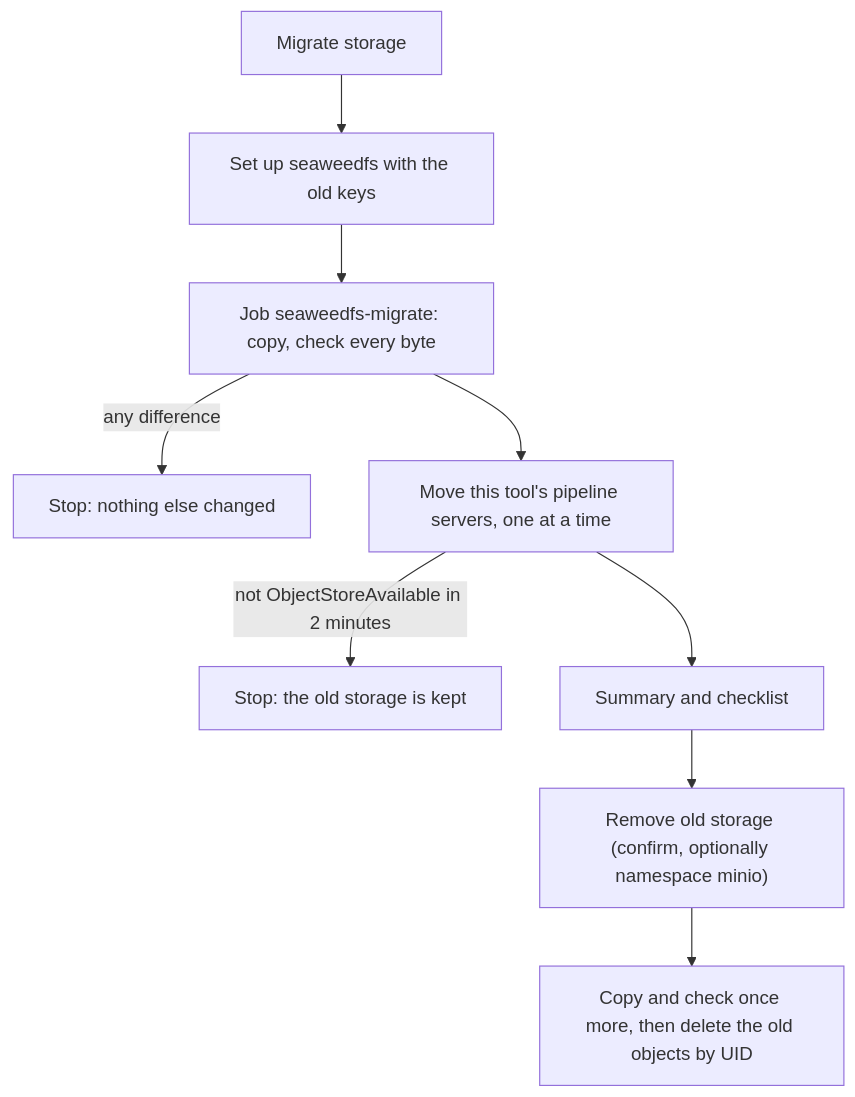
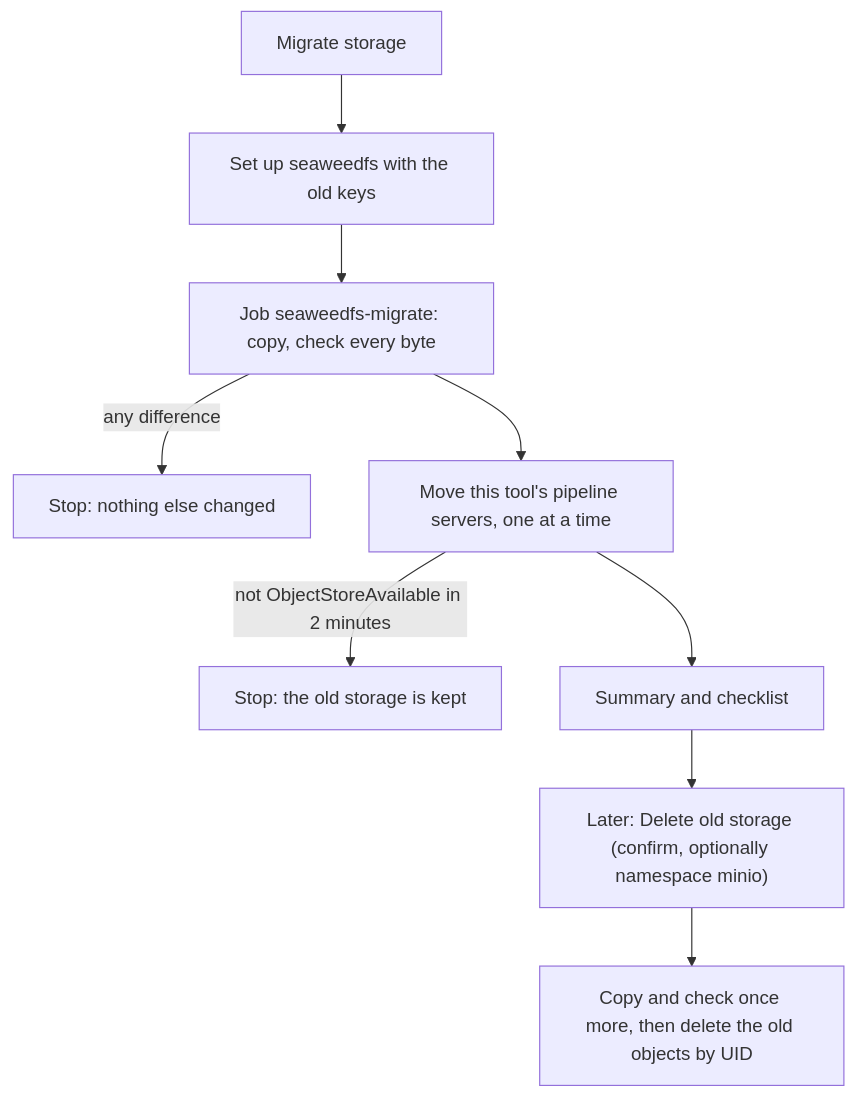
The third of 3 diagrams in RUNBOOK.md (DaoDaoNoCode/rhoai-nightly-updater), drawn with Mermaid before and after one commit. The commit also changed other lines of this file and 4 other files, not shown here.

````diff
--- a/RUNBOOK.md
+++ b/RUNBOOK.md
@@ -341,11 +344,11 @@
 ```mermaid
 flowchart TD
   A["Migrate storage"] --> B["Set up seaweedfs with the old keys"]
   B --> C["Job seaweedfs-migrate: copy, check every byte"]
   C -->|"any difference"| X["Stop: nothing else changed"]
   C --> D["Move this tool's pipeline servers, one at a time"]
   D -->|"not ObjectStoreAvailable in 2 minutes"| Y["Stop: the old storage is kept"]
   D --> E["Summary and checklist"]
-  E --> F["Remove old storage (confirm, optionally namespace minio)"]
+  E --> F["Later: Delete old storage (confirm, optionally namespace minio)"]
   F --> G["Copy and check once more, then delete the old objects by UID"]
 ```
````
